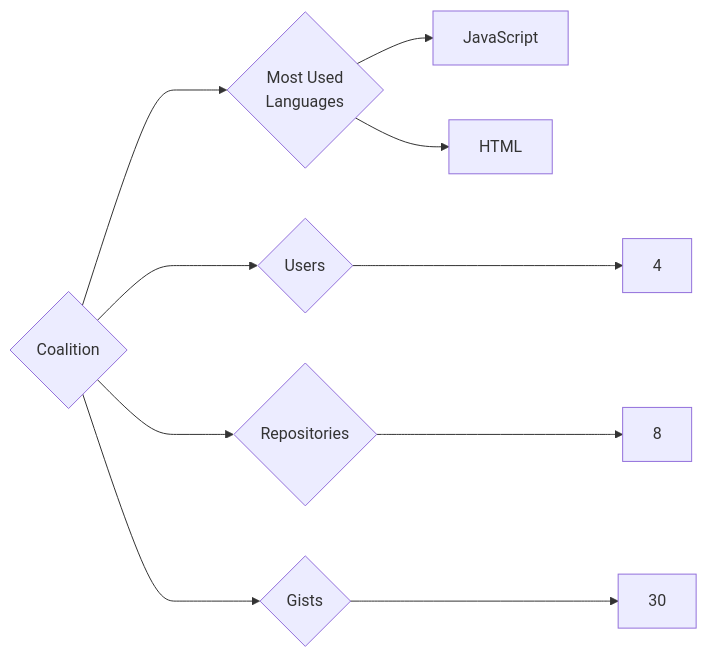
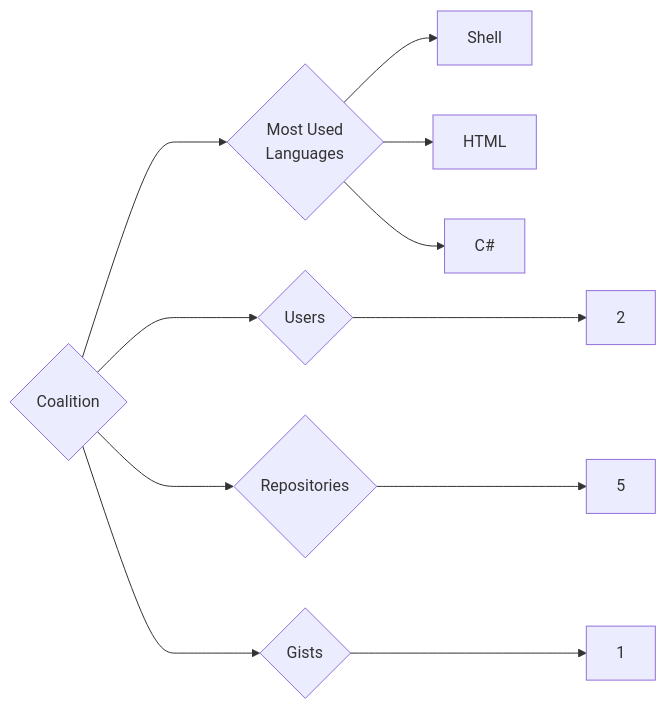
The diagram in targets/Coalition/README.md (trickest/insiders), drawn with Mermaid before and after one commit. The commit also changed 1212 other files, not shown here.

````diff
--- a/targets/Coalition/README.md
+++ b/targets/Coalition/README.md
@@ -3,10 +3,11 @@
 ```mermaid
 graph LR
 COMPANY_NAME{Coalition}
-COMPANY_NAME ---> U{Users} ---> UN[4]
-COMPANY_NAME ---> R{Repositories} ---> RN[8]
-COMPANY_NAME ---> G{Gists} ---> GN[30]
+COMPANY_NAME ---> U{Users} ---> UN[2]
+COMPANY_NAME ---> R{Repositories} ---> RN[5]
+COMPANY_NAME ---> G{Gists} ---> GN[1]
 COMPANY_NAME ---> ML{Most Used<br>Languages}
-ML --> JavaScript[JavaScript]
+ML --> Shell[Shell]
 ML --> HTML[HTML]
+ML --> C#[C#]
 ```
````
